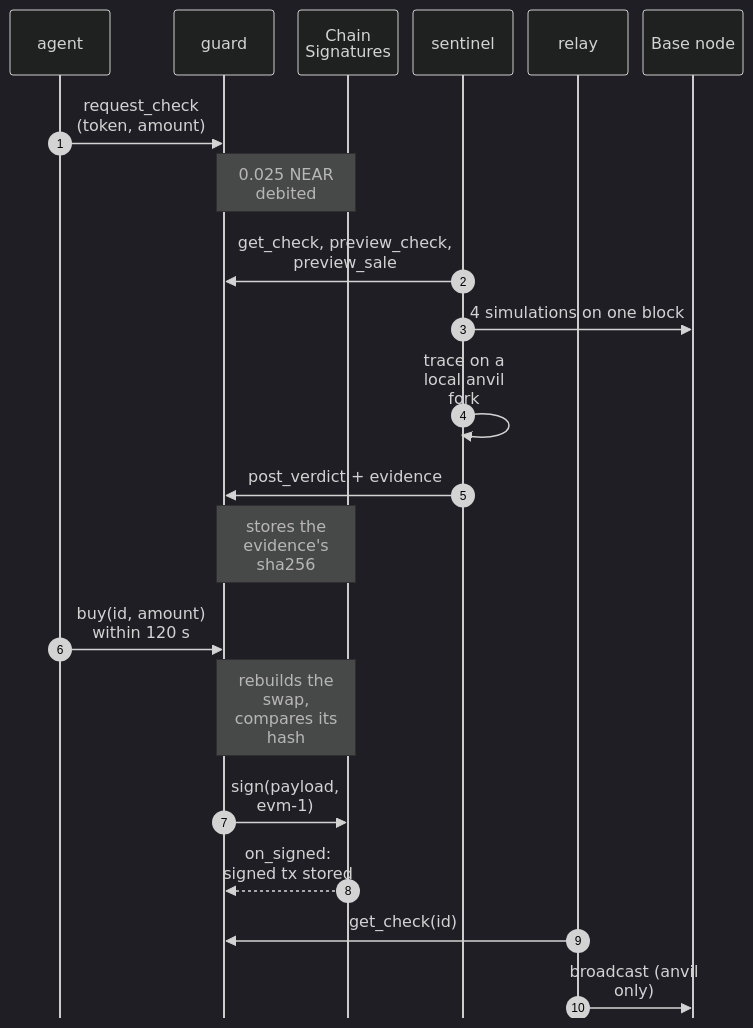
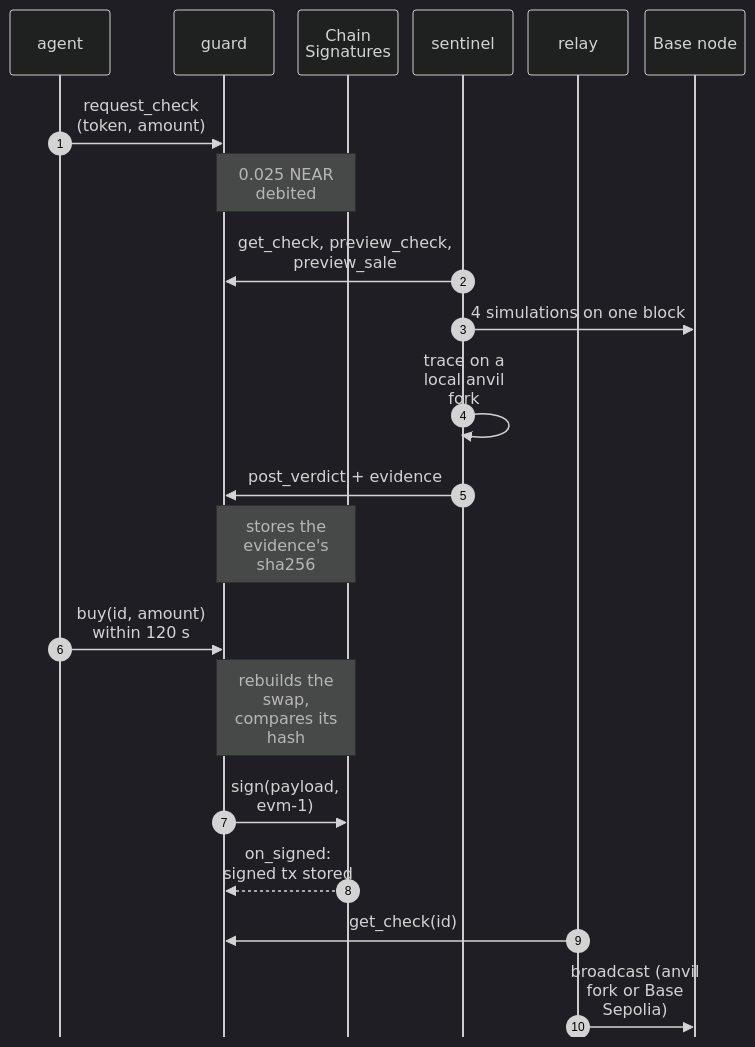
One commit to cmoron/near-preflight changed the second of 3 diagrams in docs/architecture.md. Above: the diagram before and after it, drawn with Mermaid (dark theme). The commit also changed other lines of this file and 9 other files, not shown here.

````diff
--- a/docs/architecture.md
+++ b/docs/architecture.md
@@ -60,24 +60,24 @@
 ```mermaid
 %%{init: {"sequence": {"mirrorActors": false, "wrap": true, "width": 100, "actorMargin": 15, "messageFontSize": 15, "noteFontSize": 14, "actorFontSize": 15}}}%%
 sequenceDiagram
     autonumber
     participant A as agent
     participant G as guard
     participant M as Chain Signatures
     participant S as sentinel
     participant R as relay
     participant B as Base node
     A->>G: request_check<br/>(token, amount)
     Note over G,M: 0.025 NEAR debited
     S->>G: get_check, preview_check, preview_sale
     S->>B: 4 simulations on one block
     S->>S: trace on a local anvil fork
     S->>G: post_verdict + evidence
     Note over G,M: stores the evidence's sha256
     A->>G: buy(id, amount)<br/>within 120 s
     Note over G,M: rebuilds the swap, compares its hash
     G->>M: sign(payload, evm-1)
     M-->>G: on_signed: signed tx stored
     R->>G: get_check(id)
-    R->>B: broadcast (anvil only)
+    R->>B: broadcast (anvil fork or Base Sepolia)
 ```
````
